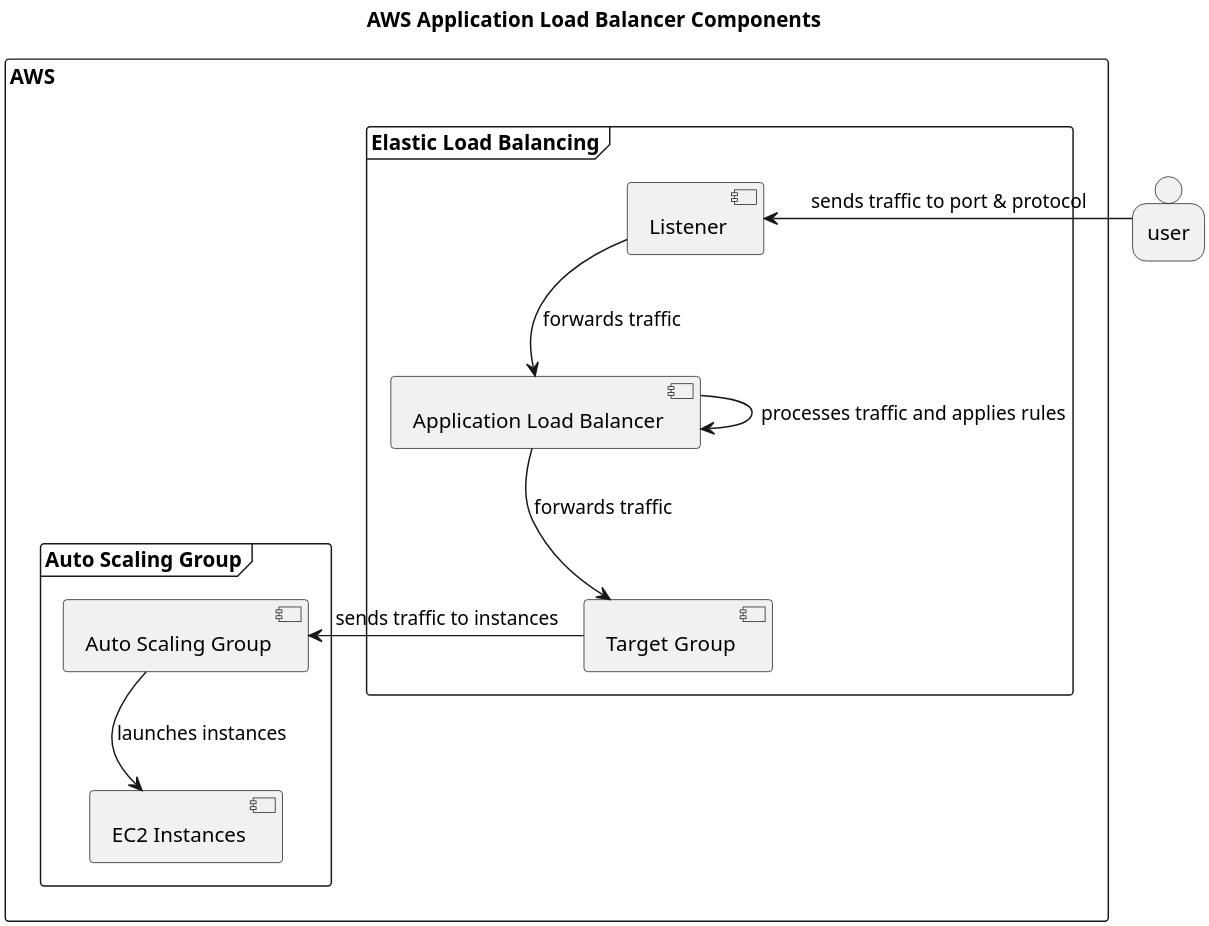
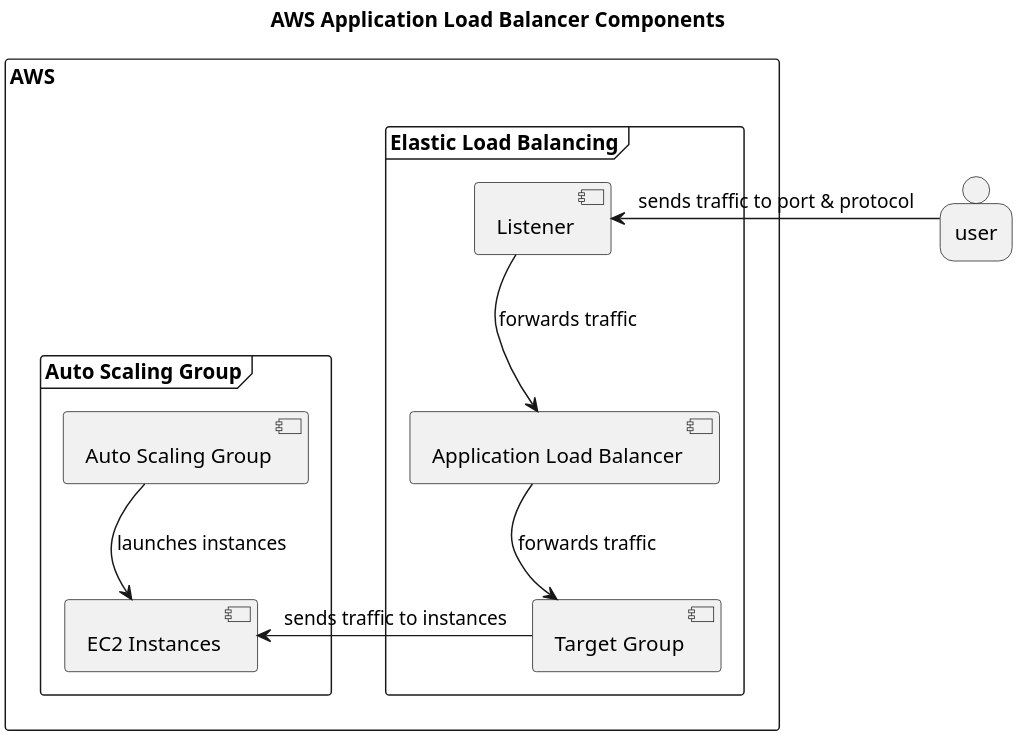
Before and after one commit to CSSE6400/software-architecture: the diagram in practicals/week06/diagrams/loadbalancers.puml, drawn with PlantUML. The commit also changed 43 other files, not shown here.

```diff
--- a/practicals/week06/diagrams/loadbalancers.puml
+++ b/practicals/week06/diagrams/loadbalancers.puml
@@ -1,41 +1,40 @@
 @startuml
 title AWS Application Load Balancer Components
 
 top to bottom direction
 
 skinparam dpi 300
 skinparam shadowing false
 skinparam monochrome true
 skinparam componentStyle uml2
 skinparam packageStyle rectangle
 skinparam packageTitleAlignment left
 
 Person user
 
 package "AWS" {
     frame "Elastic Load Balancing" {
         [Listener] as listener
         [Application Load Balancer] as alb
         [Target Group] as tg
     }
 
     frame "Auto Scaling Group" {
         [Auto Scaling Group] as asg
         [EC2 Instances] as ec2
 
         asg -> ec2 : launches instances
     }
 }
 
 listener -[hidden]d- alb
 alb -[hidden]d- tg
 
 asg -[hidden]d- ec2
 
 user -> listener: sends traffic to port & protocol
 listener -> alb : forwards traffic
-alb -> alb : processes traffic and applies rules
 alb -> tg : forwards traffic
-tg -> asg : sends traffic to instances
+tg -> ec2 : sends traffic to instances
 
 @enduml
```
